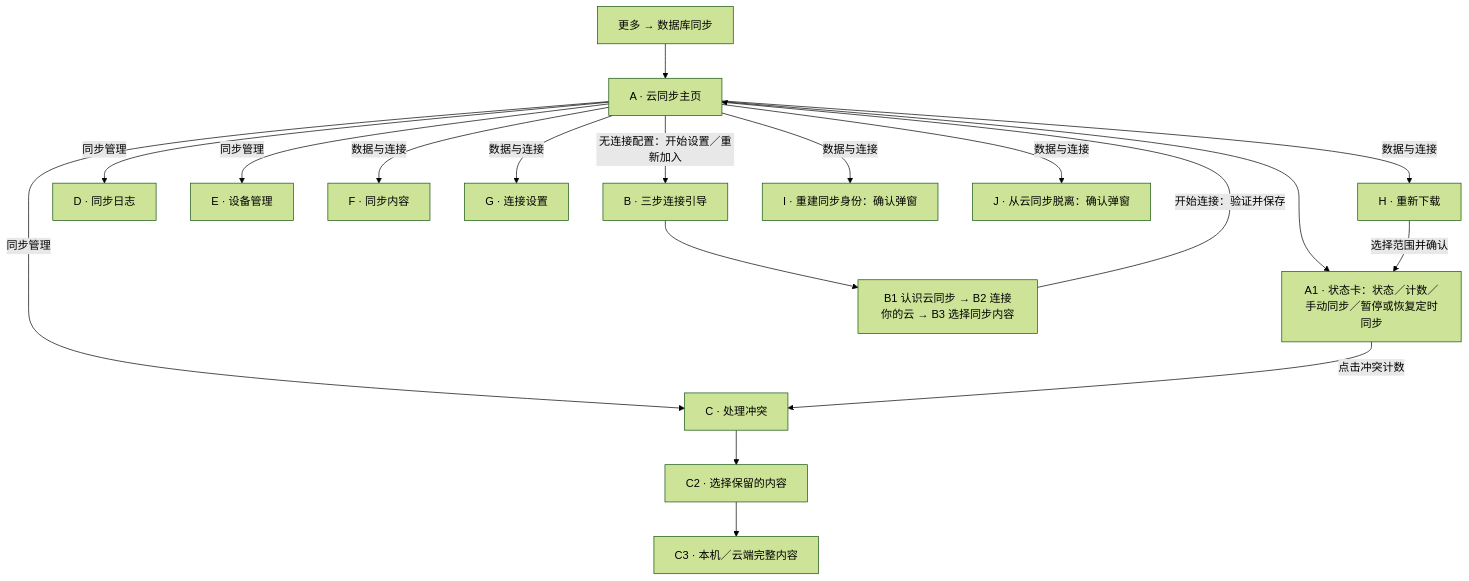
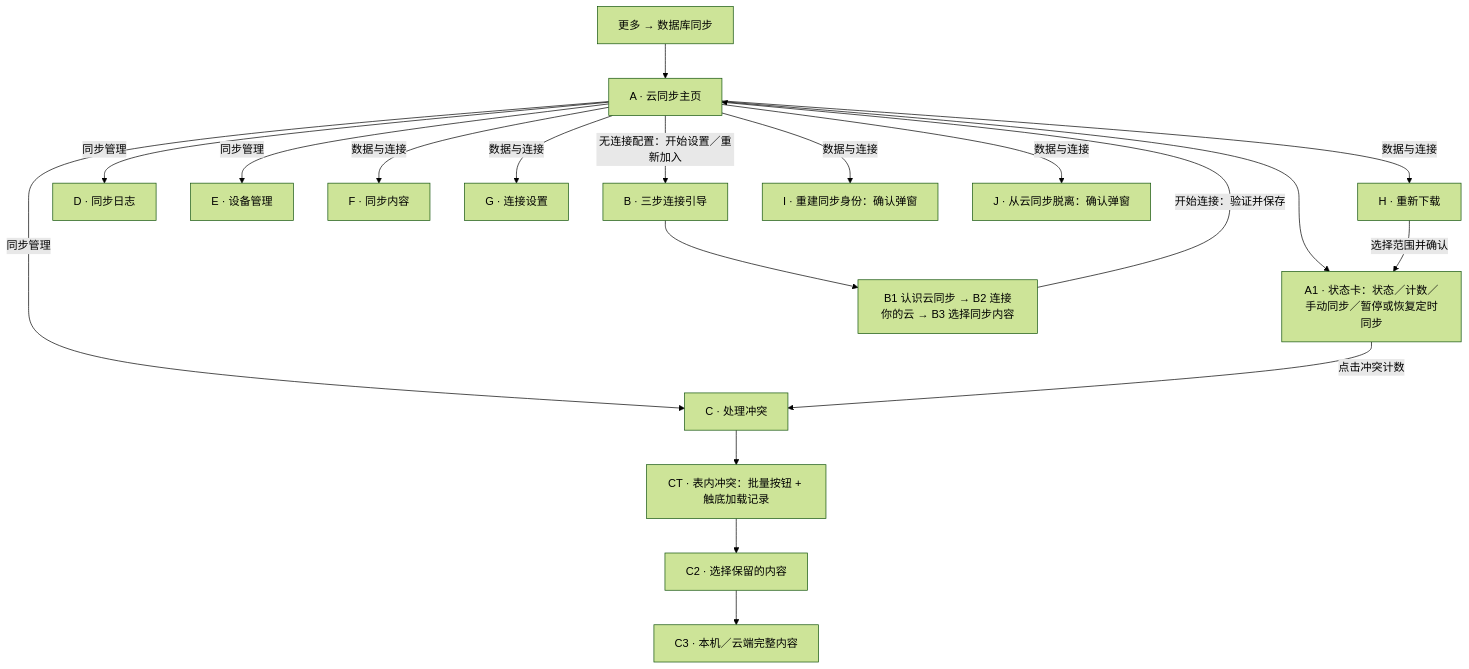
The first of 3 diagrams in docs/sync-ui-map.md (Gandum2077/JSEhViewer), drawn with Mermaid (forest theme) before and after one commit. The commit also changed other lines of this file and 6 other files, not shown here.

````diff
--- a/docs/sync-ui-map.md
+++ b/docs/sync-ui-map.md
@@ -7,20 +7,21 @@
 ```mermaid
 flowchart TD
   ENTRY["更多 → 数据库同步"] --> A["A · 云同步主页"]
   A --> A1["A1 · 状态卡：状态／计数／手动同步／暂停或恢复定时同步"]
   A -->|无连接配置：开始设置／重新加入| B["B · 三步连接引导"]
   B --> B1["B1 认识云同步 → B2 连接你的云 → B3 选择同步内容"]
   B1 -->|开始连接：验证并保存| A
   A -->|同步管理| C["C · 处理冲突"]
   A -->|同步管理| D["D · 同步日志"]
   A -->|同步管理| E["E · 设备管理"]
   A -->|数据与连接| F["F · 同步内容"]
   A -->|数据与连接| G["G · 连接设置"]
   A -->|数据与连接| H["H · 重新下载"]
   A -->|数据与连接| I["I · 重建同步身份：确认弹窗"]
   A -->|数据与连接| J["J · 从云同步脱离：确认弹窗"]
   A1 -->|点击冲突计数| C
-  C --> C2["C2 · 选择保留的内容"]
+  C --> CT["CT · 表内冲突：批量按钮 + 触底加载记录"]
+  CT --> C2["C2 · 选择保留的内容"]
   C2 --> C3["C3 · 本机／云端完整内容"]
   H -->|选择范围并确认| A1
 ```
````
